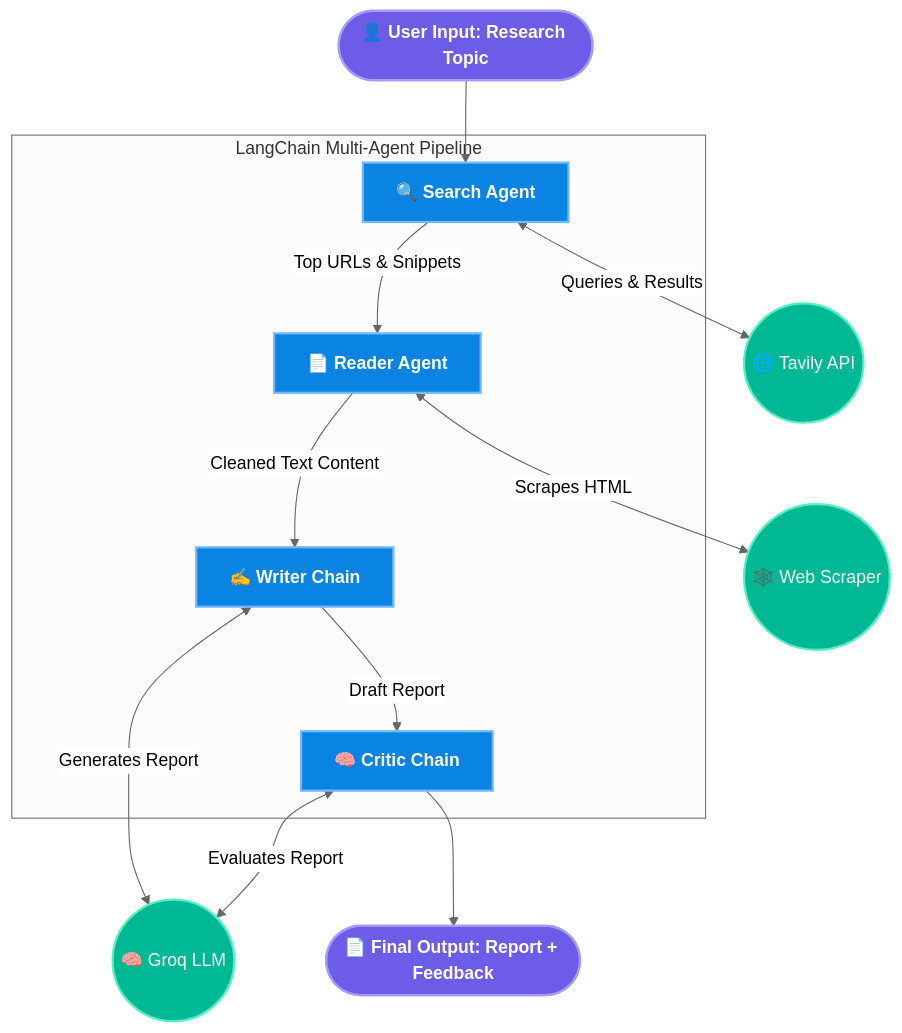
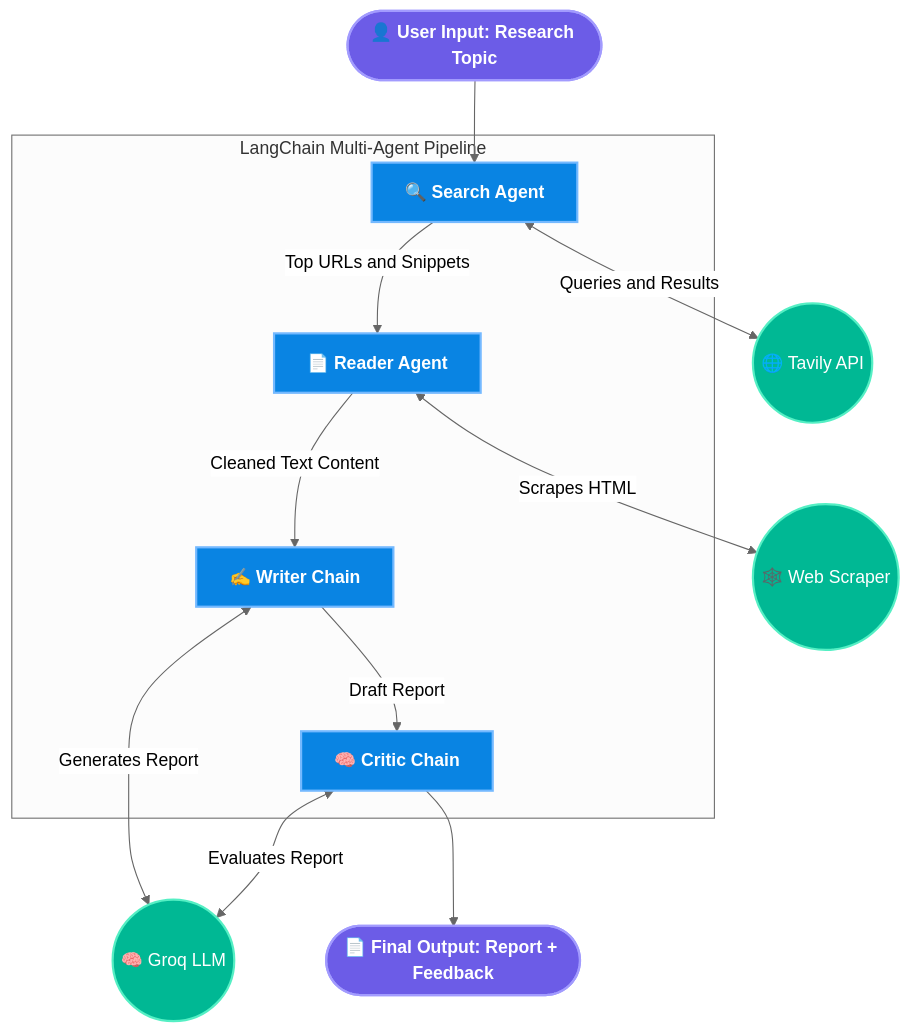
Before and after one commit to nishant-mazumder/Multi-Agent-AI-Research-System: the diagram in README.md, drawn with Mermaid (neutral theme).

Commit message:
fix: mermaid diagram syntax

````diff
--- a/README.md
+++ b/README.md
@@ -49,37 +49,37 @@
 ```mermaid
 graph TD
     %% Define Nodes
-    User([👤 User Input: Research Topic])
+    User(["👤 User Input: Research Topic"])
     
-    subgraph "LangChain Multi-Agent Pipeline"
-        Search[🔍 Search Agent]
-        Reader[📄 Reader Agent]
-        Writer[✍️ Writer Chain]
-        Critic[🧠 Critic Chain]
+    subgraph Pipeline ["LangChain Multi-Agent Pipeline"]
+        Search["🔍 Search Agent"]
+        Reader["📄 Reader Agent"]
+        Writer["✍️ Writer Chain"]
+        Critic["🧠 Critic Chain"]
     end
 
     %% External APIs/Tools
-    Tavily((🌐 Tavily API))
-    Scraper((🕸️ Web Scraper))
-    LLM((🧠 Groq LLM))
+    Tavily(("🌐 Tavily API"))
+    Scraper(("🕸️ Web Scraper"))
+    LLM(("🧠 Groq LLM"))
 
     %% Data Flow
     User --> Search
-    Search <-->|"Queries & Results"| Tavily
-    Search -->|"Top URLs & Snippets"| Reader
-    Reader <-->|"Scrapes HTML"| Scraper
-    Reader -->|"Cleaned Text Content"| Writer
-    Writer <-->|"Generates Report"| LLM
-    Writer -->|"Draft Report"| Critic
-    Critic <-->|"Evaluates Report"| LLM
+    Search <--> |Queries and Results| Tavily
+    Search --> |Top URLs and Snippets| Reader
+    Reader <--> |Scrapes HTML| Scraper
+    Reader --> |Cleaned Text Content| Writer
+    Writer <--> |Generates Report| LLM
+    Writer --> |Draft Report| Critic
+    Critic <--> |Evaluates Report| LLM
     Critic --> Output(["📄 Final Output: Report + Feedback"])
 
     %% Styling
     classDef agent fill:#0984e3,stroke:#74b9ff,stroke-width:2px,color:#fff,font-weight:bold
     classDef input fill:#6c5ce7,stroke:#a29bfe,stroke-width:2px,color:#fff,font-weight:bold
     classDef ext fill:#00b894,stroke:#55efc4,stroke-width:2px,color:#fff
 
     class Search,Reader,Writer,Critic agent
     class User,Output input
     class Tavily,Scraper,LLM ext
 ```
````
